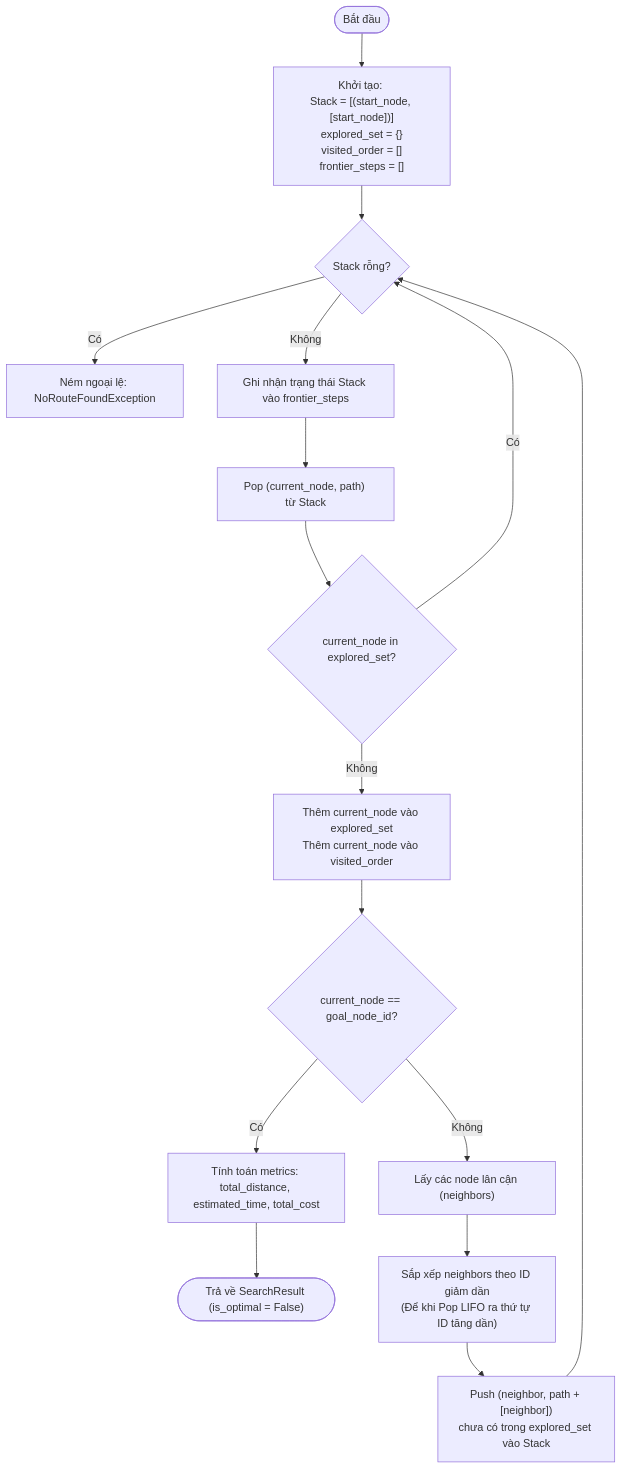
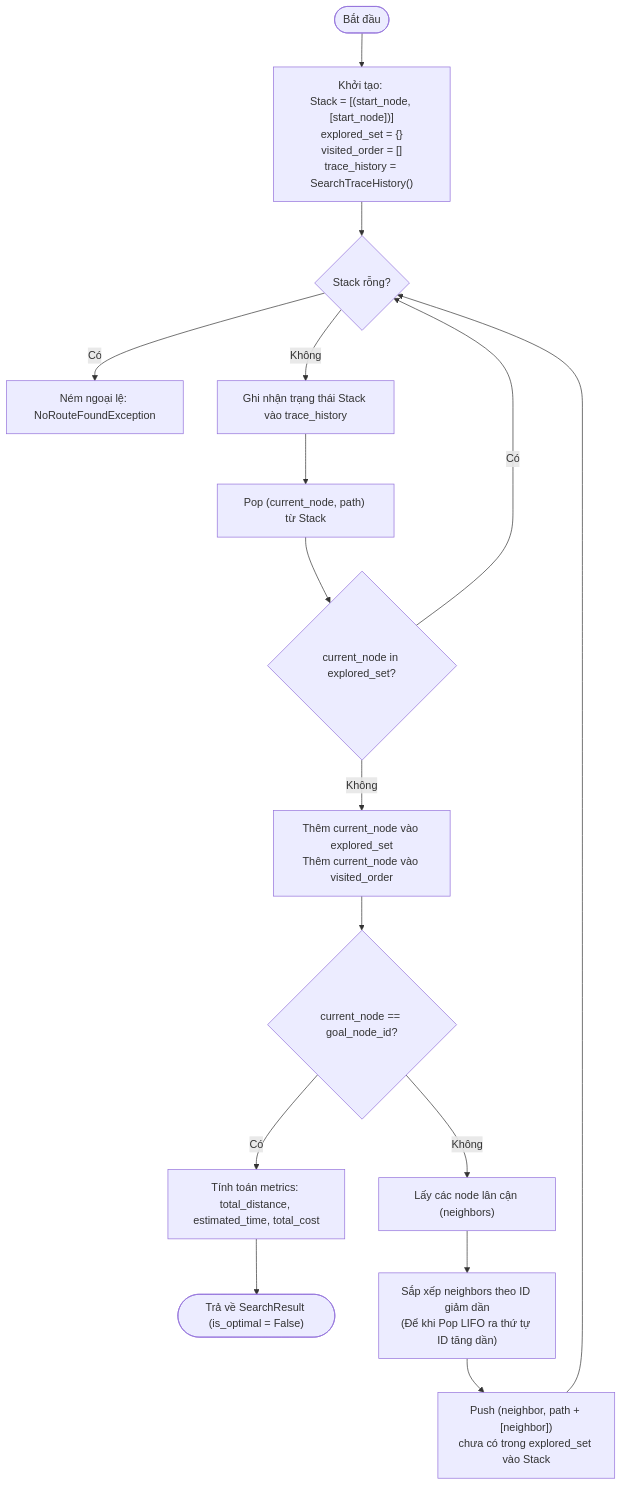
Before and after one commit to HoangCaoPhong/RescueRoute: the diagram in backend/app/algorithms/graph_search/dfs/README.md, drawn with Mermaid. The commit also changed other lines of this file and 9 other files, not shown here.

Commit message:
fix: remove legacy legacy_frontier_steps from UCS/A*/Hill_climbing

````diff
--- a/backend/app/algorithms/graph_search/dfs/README.md
+++ b/backend/app/algorithms/graph_search/dfs/README.md
@@ -104,24 +104,24 @@
 ```mermaid
 flowchart TD
-    Start([Bắt đầu]) --> Init["Khởi tạo: <br/>Stack = [(start_node, [start_node])]<br/>explored_set = {}<br/>visited_order = []<br/>frontier_steps = []"]
+    Start([Bắt đầu]) --> Init["Khởi tạo: <br/>Stack = [(start_node, [start_node])]<br/>explored_set = {}<br/>visited_order = []<br/>trace_history = SearchTraceHistory()"]
     Init --> LoopCheck{"Stack rỗng?"}
     
     LoopCheck -- Có --> NoPath["Ném ngoại lệ: NoRouteFoundException"]
-    LoopCheck -- Không --> RecordFrontier["Ghi nhận trạng thái Stack vào frontier_steps"]
+    LoopCheck -- Không --> RecordFrontier["Ghi nhận trạng thái Stack vào trace_history"]
     
     RecordFrontier --> PopStack["Pop (current_node, path) từ Stack"]
     PopStack --> VisitedCheck{"current_node in explored_set?"}
     
     VisitedCheck -- Có --> LoopCheck
     VisitedCheck -- Không --> MarkVisited["Thêm current_node vào explored_set<br/>Thêm current_node vào visited_order"]
     
     MarkVisited --> GoalCheck{"current_node == goal_node_id?"}
     
     GoalCheck -- Có --> CalcMetrics["Tính toán metrics: total_distance, estimated_time, total_cost"]
     CalcMetrics --> ReturnResult(["Trả về SearchResult (is_optimal = False)"])
     
     GoalCheck -- Không --> GetNeighbors["Lấy các node lân cận (neighbors)"]
     GetNeighbors --> SortNeighbors["Sắp xếp neighbors theo ID giảm dần<br/>(Để khi Pop LIFO ra thứ tự ID tăng dần)"]
     SortNeighbors --> PushStack["Push (neighbor, path + [neighbor])<br/>chưa có trong explored_set vào Stack"]
     PushStack --> LoopCheck
 ```
````
